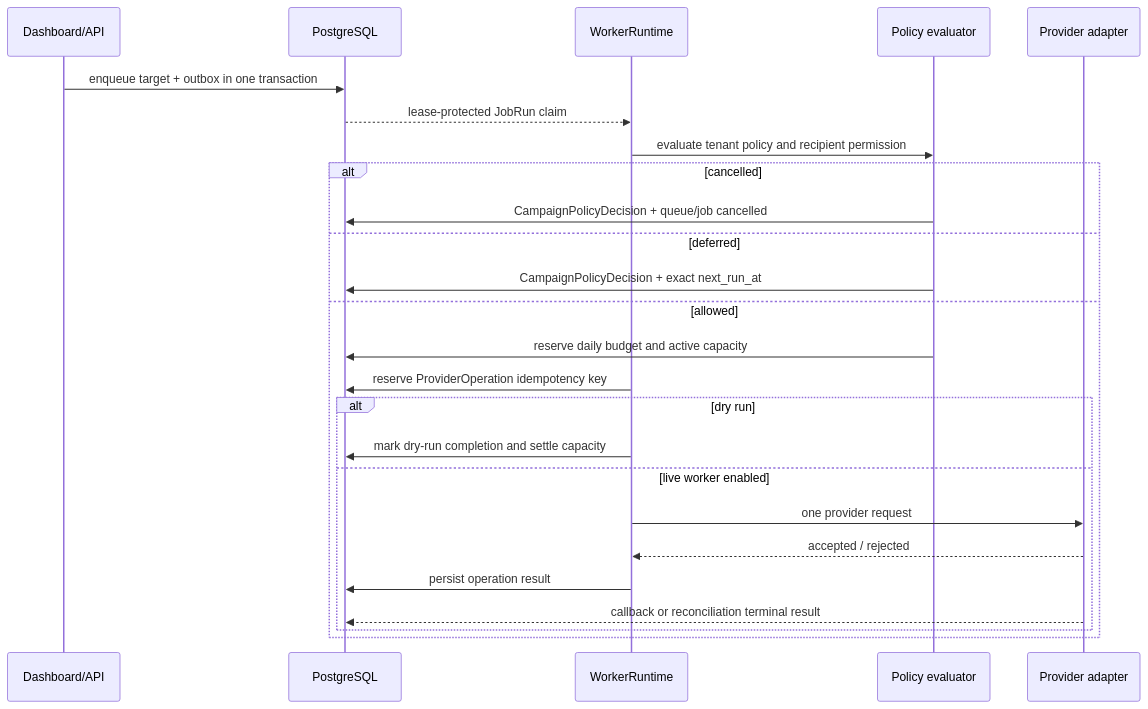
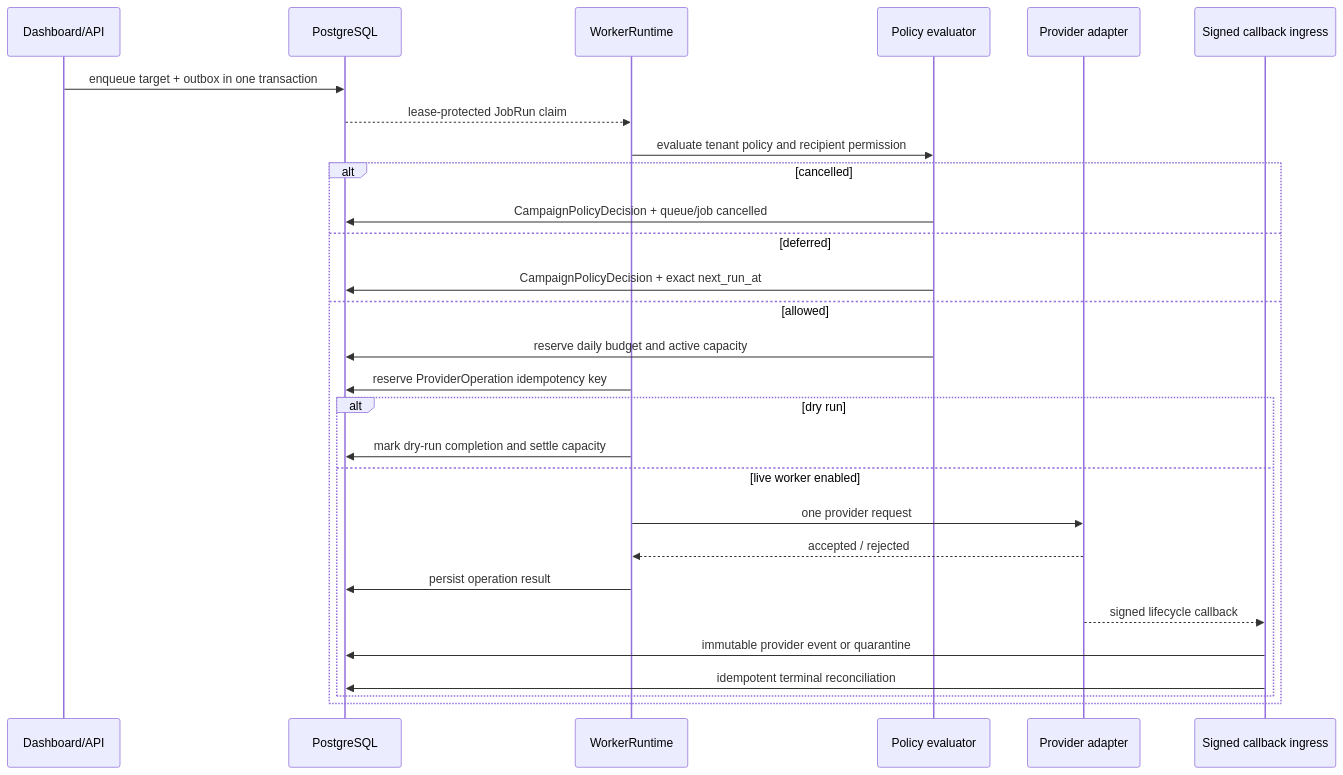
The second of 2 diagrams in ARCHITECTURE.md (jeevesh2515/voxflow-voice-agent), drawn with Mermaid before and after one commit. The commit also changed other lines of this file and 20 other files, not shown here.

Commit message:
feat: add signed provider callback lifecycle

````diff
--- a/ARCHITECTURE.md
+++ b/ARCHITECTURE.md
@@ -65,28 +69,31 @@
 ```mermaid
 sequenceDiagram
     participant UI as Dashboard/API
     participant DB as PostgreSQL
     participant W as WorkerRuntime
     participant P as Policy evaluator
     participant D as Provider adapter
+    participant C as Signed callback ingress
 
     UI->>DB: enqueue target + outbox in one transaction
     DB-->>W: lease-protected JobRun claim
     W->>P: evaluate tenant policy and recipient permission
     alt cancelled
         P->>DB: CampaignPolicyDecision + queue/job cancelled
     else deferred
         P->>DB: CampaignPolicyDecision + exact next_run_at
     else allowed
         P->>DB: reserve daily budget and active capacity
         W->>DB: reserve ProviderOperation idempotency key
         alt dry run
             W->>DB: mark dry-run completion and settle capacity
         else live worker enabled
             W->>D: one provider request
             D-->>W: accepted / rejected
             W->>DB: persist operation result
-            D-->>DB: callback or reconciliation terminal result
+            D-->>C: signed lifecycle callback
+            C->>DB: immutable provider event or quarantine
+            C->>DB: idempotent terminal reconciliation
         end
     end
 ```
````
